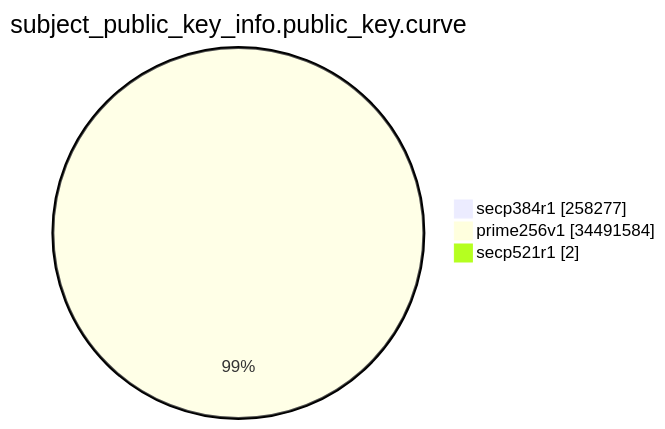
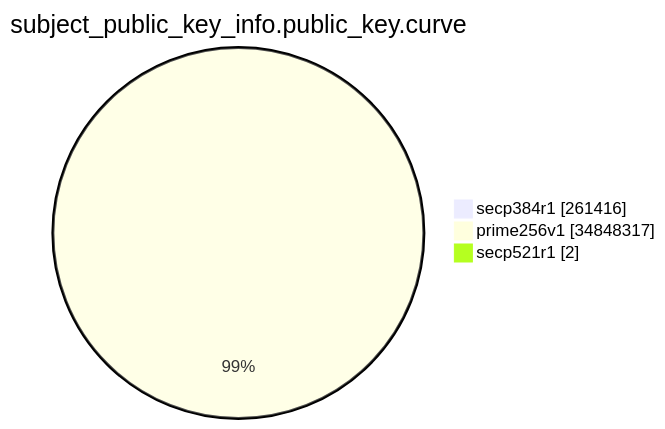
The eighth of 15 diagrams in argon2023/README.md (christiankrug/ctmonitor_visualization), drawn with Mermaid before and after one commit. The commit also changed other lines of this file, not shown here.

````diff
--- a/argon2023/README.md
+++ b/argon2023/README.md
@@ -2145,7 +2147,7 @@
 ```mermaid
 pie showData
 title subject_public_key_info.public_key.curve
-"secp384r1" :258277
-"prime256v1" :34491584
+"secp384r1" :261416
+"prime256v1" :34848317
 "secp521r1" :2
 ```
````
